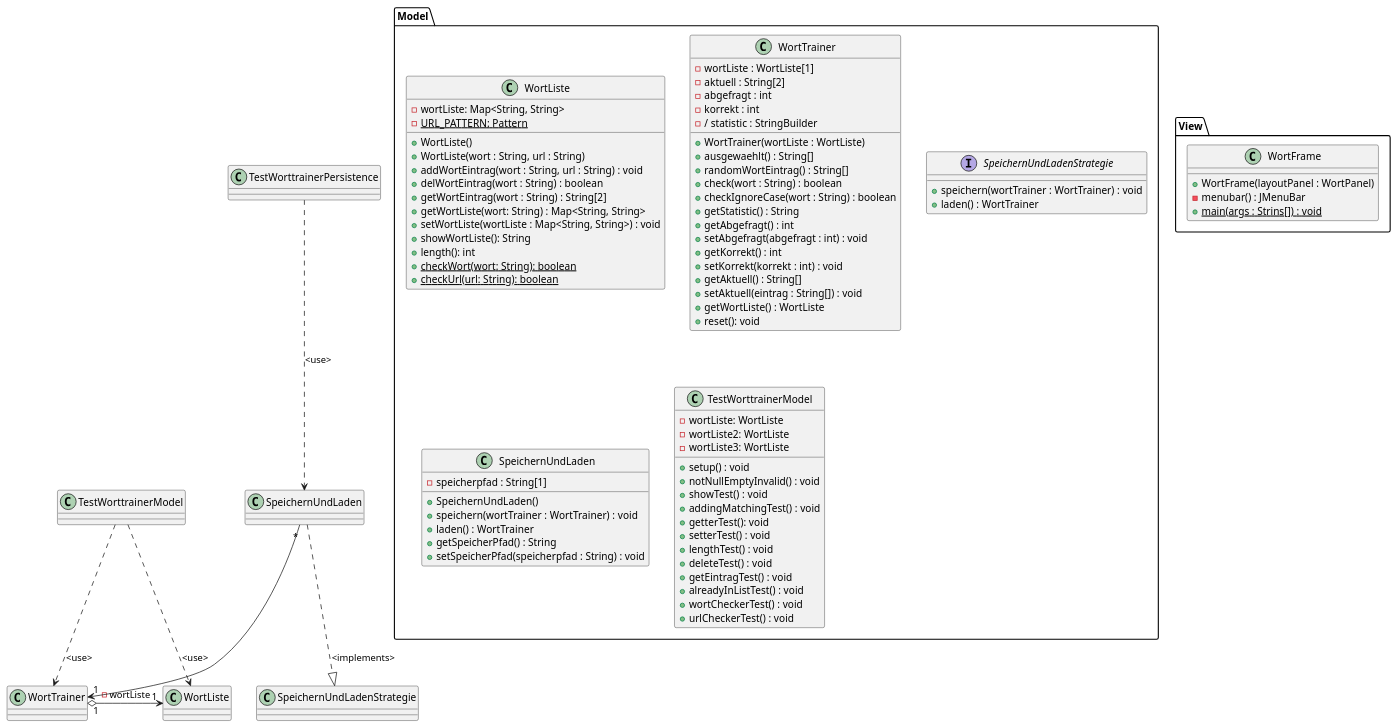
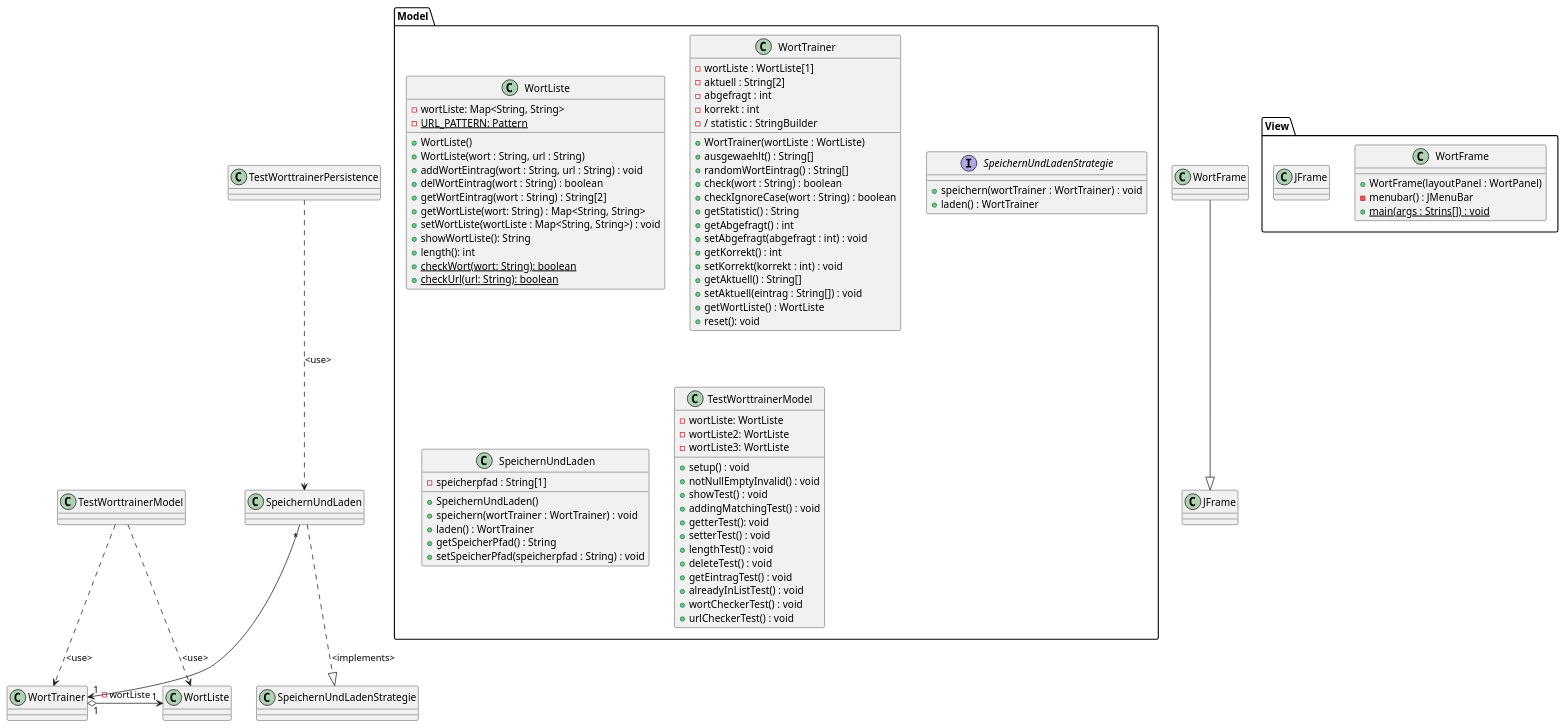
The diagram in src/main/resources/Worttrainer Reloaded.puml (TGM-HIT/sew9-2425-worttrainer-Batscho), drawn with PlantUML before and after one commit. The commit also changed 1 other file, not shown here.

Commit message:
[GK] Worttrainer Reloaded Commit 50: So schnell wurde auch nun die WortFrame Klasse geschrieben, welche ein Teil des View-Elements bildet.

```diff
--- a/src/main/resources/Worttrainer Reloaded.puml
+++ b/src/main/resources/Worttrainer Reloaded.puml
@@ -1,90 +1,93 @@
 @startuml
 'https://plantuml.com/class-diagram
 
 TestWorttrainerModel ..> WortListe : <use>
 TestWorttrainerModel ..> WortTrainer : <use>
 TestWorttrainerPersistence ..> SpeichernUndLaden : <use>
 WortTrainer "1" o-> "1" WortListe : - wortListe
 SpeichernUndLaden "*" --> "1" WortTrainer
 SpeichernUndLaden ..|> SpeichernUndLadenStrategie : <implements>
+WortFrame --|> JFrame
 
 package Model {
 class WortListe {
 - wortListe: Map<String, String>
 - {static} URL_PATTERN: Pattern
 + WortListe()
 + WortListe(wort : String, url : String)
 + addWortEintrag(wort : String, url : String) : void
 + delWortEintrag(wort : String) : boolean
 + getWortEintrag(wort : String) : String[2]
 + getWortListe(wort: String) : Map<String, String>
 + setWortListe(wortListe : Map<String, String>) : void
 + showWortListe(): String
 + length(): int
 + {static} checkWort(wort: String): boolean
 + {static} checkUrl(url: String): boolean
 }
 
 class WortTrainer {
 - wortListe : WortListe[1]
 - aktuell : String[2]
 - abgefragt : int
 - korrekt : int
 - / statistic : StringBuilder
 + WortTrainer(wortListe : WortListe)
 + ausgewaehlt() : String[]
 + randomWortEintrag() : String[]
 + check(wort : String) : boolean
 + checkIgnoreCase(wort : String) : boolean
 + getStatistic() : String
 + getAbgefragt() : int
 + setAbgefragt(abgefragt : int) : void
 + getKorrekt() : int
 + setKorrekt(korrekt : int) : void
 + getAktuell() : String[]
 + setAktuell(eintrag : String[]) : void
 + getWortListe() : WortListe
 + reset(): void
 }
 
 interface SpeichernUndLadenStrategie {
 + speichern(wortTrainer : WortTrainer) : void
 + laden() : WortTrainer
 }
 
 class SpeichernUndLaden {
 - speicherpfad : String[1]
 + SpeichernUndLaden()
 + speichern(wortTrainer : WortTrainer) : void
 + laden() : WortTrainer
 + getSpeicherPfad() : String
 + setSpeicherPfad(speicherpfad : String) : void
 }
 
 
 class TestWorttrainerModel {
 - wortListe: WortListe
 - wortListe2: WortListe
 - wortListe3: WortListe
 + setup() : void
 + notNullEmptyInvalid() : void
 + showTest() : void
 + addingMatchingTest() : void
 + getterTest(): void
 + setterTest() : void
 + lengthTest() : void
 + deleteTest() : void
 + getEintragTest() : void
 + alreadyInListTest() : void
 + wortCheckerTest() : void
 + urlCheckerTest() : void
 }
 }
 
 package View {
 class WortFrame {
 + WortFrame(layoutPanel : WortPanel)
 - menubar() : JMenuBar
 + {static} main(args : Strins[]) : void
 }
+class JFrame{}
+}
 @enduml
```
